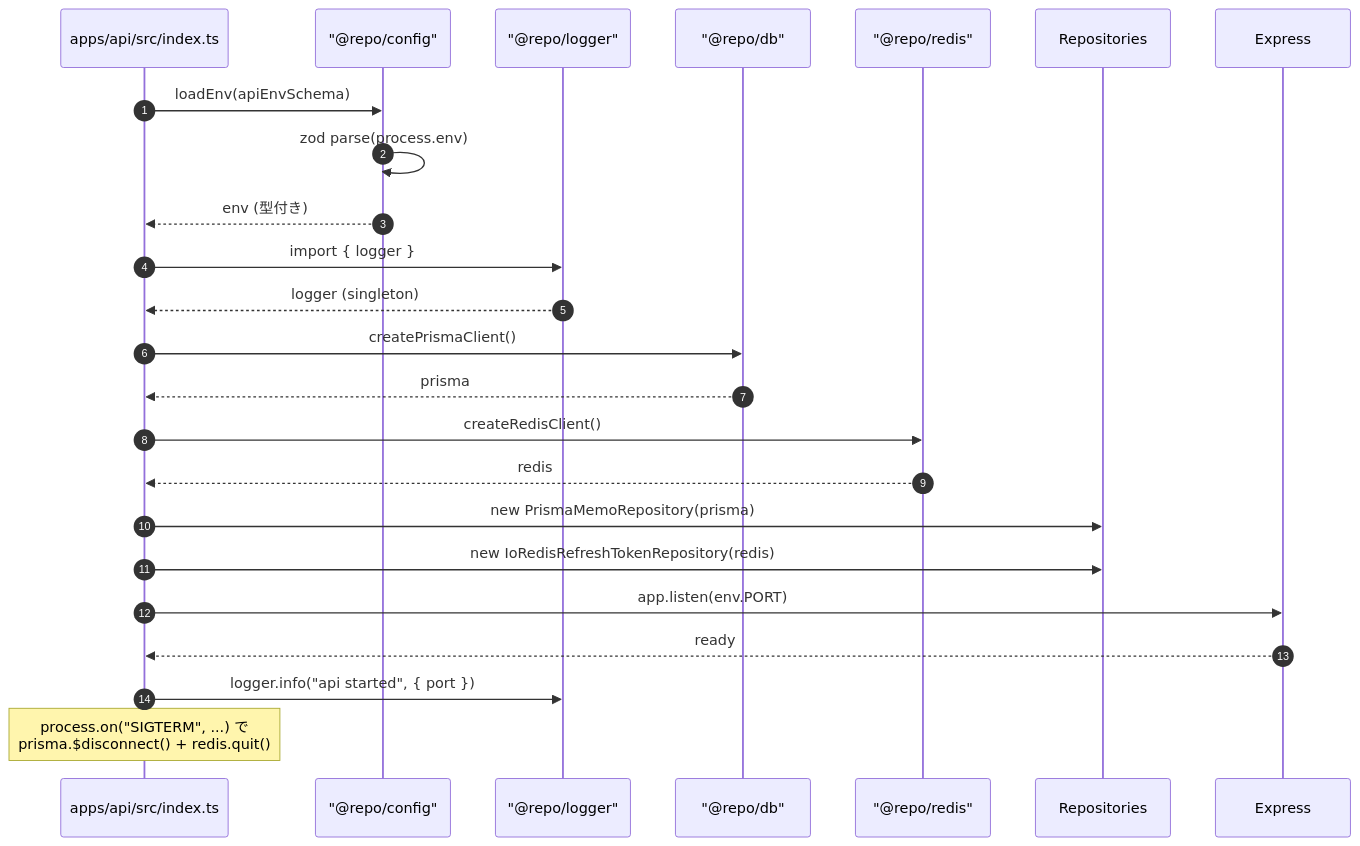
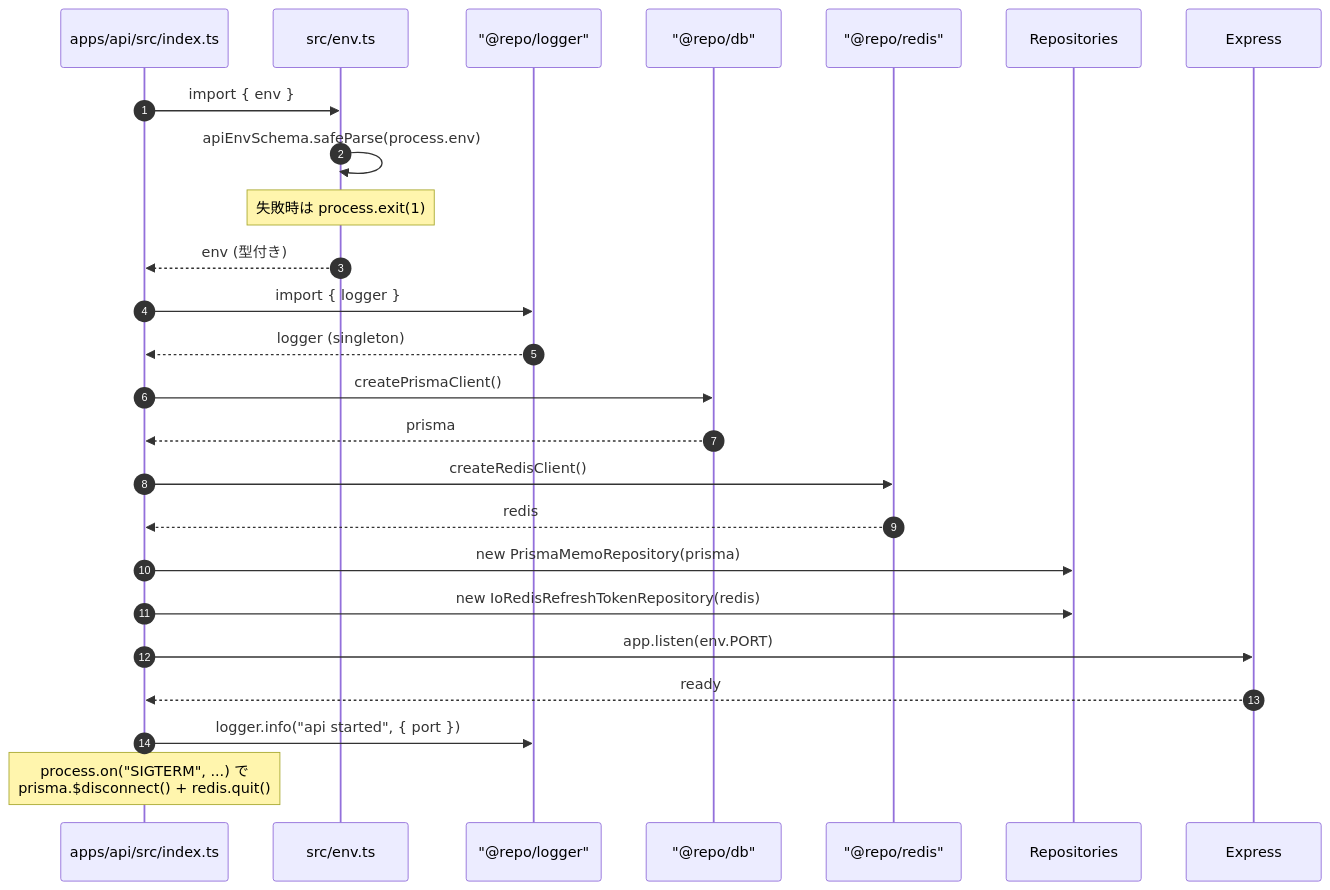
Before and after one commit to kentakki416/project-template: the third of 4 diagrams in docs/spec/shared-packages/README.md, drawn with Mermaid. The commit also changed other lines of this file and 22 other files, not shown here.

First line of the commit message:
refactor: env 検証を各 app の src/env.ts にインライン化

````diff
--- a/docs/spec/shared-packages/README.md
+++ b/docs/spec/shared-packages/README.md
@@ -724,27 +729,28 @@
 ```mermaid
 sequenceDiagram
     autonumber
     participant Boot as apps/api/src/index.ts
-    participant CFG as "@repo/config"
+    participant ENV as src/env.ts
     participant LOG as "@repo/logger"
     participant DB as "@repo/db"
     participant RDS as "@repo/redis"
     participant Repo as Repositories
     participant EXP as Express
 
-    Boot->>CFG: loadEnv(apiEnvSchema)
-    CFG->>CFG: zod parse(process.env)
-    CFG-->>Boot: env (型付き)
+    Boot->>ENV: import { env }
+    ENV->>ENV: apiEnvSchema.safeParse(process.env)
+    Note over ENV: 失敗時は process.exit(1)
+    ENV-->>Boot: env (型付き)
     Boot->>LOG: import { logger }
     LOG-->>Boot: logger (singleton)
     Boot->>DB: createPrismaClient()
     DB-->>Boot: prisma
     Boot->>RDS: createRedisClient()
     RDS-->>Boot: redis
     Boot->>Repo: new PrismaMemoRepository(prisma)
     Boot->>Repo: new IoRedisRefreshTokenRepository(redis)
     Boot->>EXP: app.listen(env.PORT)
     EXP-->>Boot: ready
     Boot->>LOG: logger.info("api started", { port })
     Note over Boot: process.on("SIGTERM", ...) で<br/>prisma.$disconnect() + redis.quit()
 ```
````
